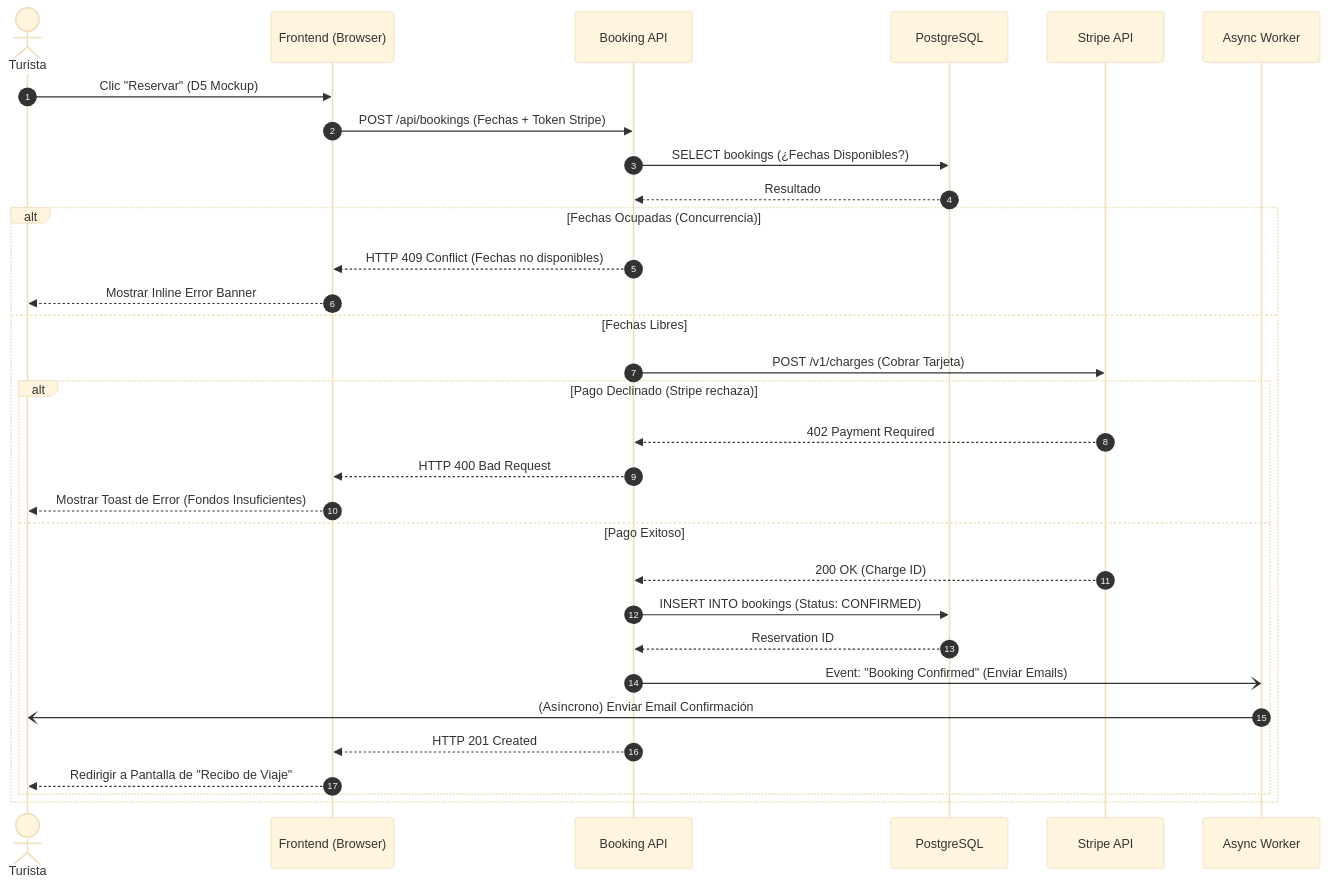
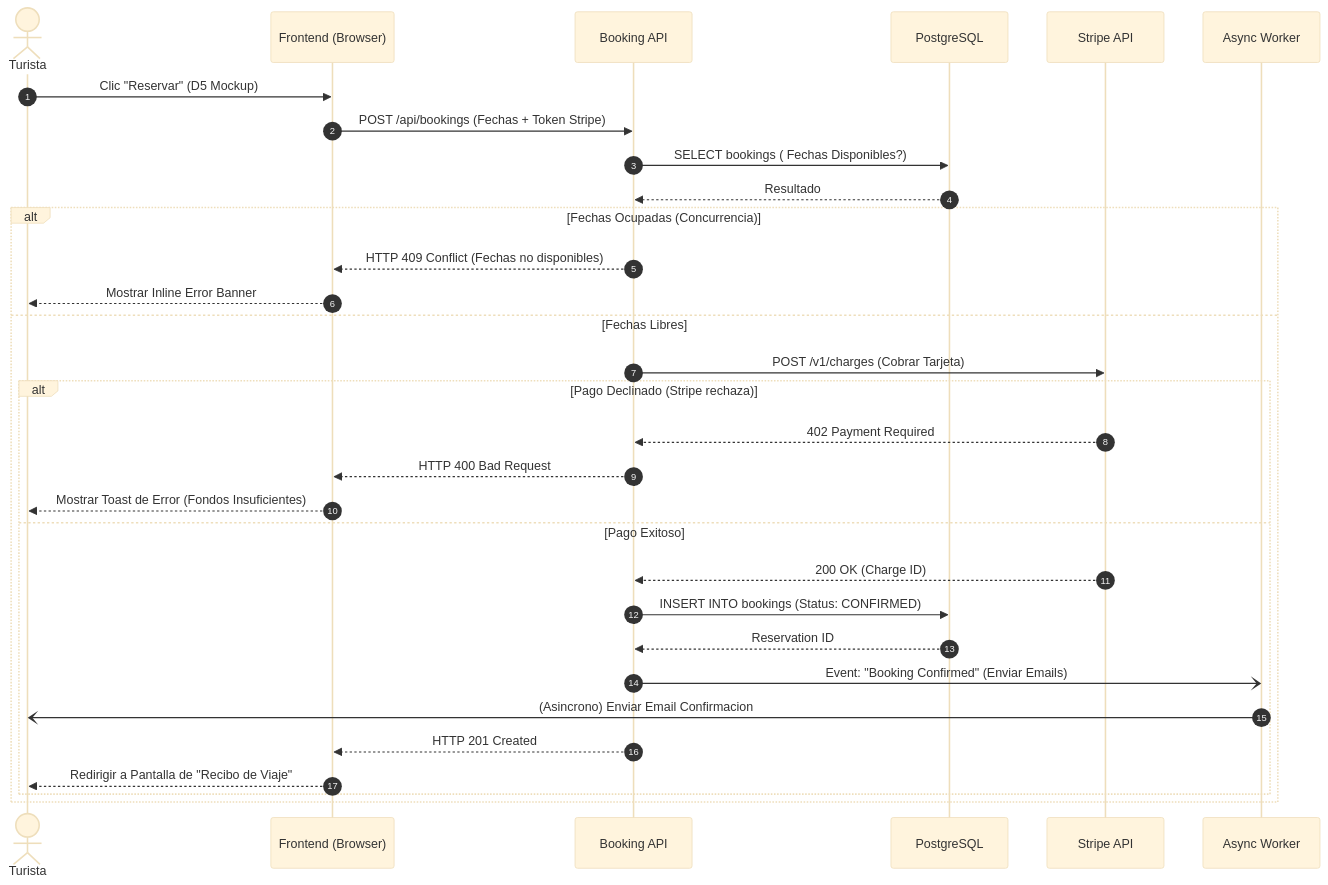
The diagram in docs/04-system-modeling/07.System Sequence Diagrams/MODS/MOD-BOOKING.md (camilolayos54-dotcom/NosFuimosdeFinca), drawn with Mermaid (base theme) before and after one commit. The commit also changed other lines of this file and 62 other files, not shown here.

````diff
--- a/docs/04-system-modeling/07.System Sequence Diagrams/MODS/MOD-BOOKING.md
+++ b/docs/04-system-modeling/07.System Sequence Diagrams/MODS/MOD-BOOKING.md
@@ -7,41 +7,41 @@
 ```mermaid
 sequenceDiagram
     autonumber
     actor T as Turista
     participant C as Frontend (Browser)
     participant API as Booking API
     participant DB as PostgreSQL
     participant STR as Stripe API
     participant W as Async Worker
 
     T->>C: Clic "Reservar" (D5 Mockup)
     C->>API: POST /api/bookings (Fechas + Token Stripe)
     
-    API->>DB: SELECT bookings (¿Fechas Disponibles?)
+    API->>DB: SELECT bookings ( Fechas Disponibles?)
     DB-->>API: Resultado
     
     alt Fechas Ocupadas (Concurrencia)
         API-->>C: HTTP 409 Conflict (Fechas no disponibles)
         C-->>T: Mostrar Inline Error Banner
     else Fechas Libres
         API->>STR: POST /v1/charges (Cobrar Tarjeta)
         
         alt Pago Declinado (Stripe rechaza)
             STR-->>API: 402 Payment Required
             API-->>C: HTTP 400 Bad Request
             C-->>T: Mostrar Toast de Error (Fondos Insuficientes)
         else Pago Exitoso
             STR-->>API: 200 OK (Charge ID)
             API->>DB: INSERT INTO bookings (Status: CONFIRMED)
             DB-->>API: Reservation ID
             
-            %% Proceso Asíncrono Delegado
+            %% Proceso Asincrono Delegado
             API-)W: Event: "Booking Confirmed" (Enviar Emails)
-            W-)T: (Asíncrono) Enviar Email Confirmación
+            W-)T: (Asincrono) Enviar Email Confirmacion
             
             %% Respuesta Inmediata al Usuario
             API-->>C: HTTP 201 Created
             C-->>T: Redirigir a Pantalla de "Recibo de Viaje"
         end
     end
 ```
````
